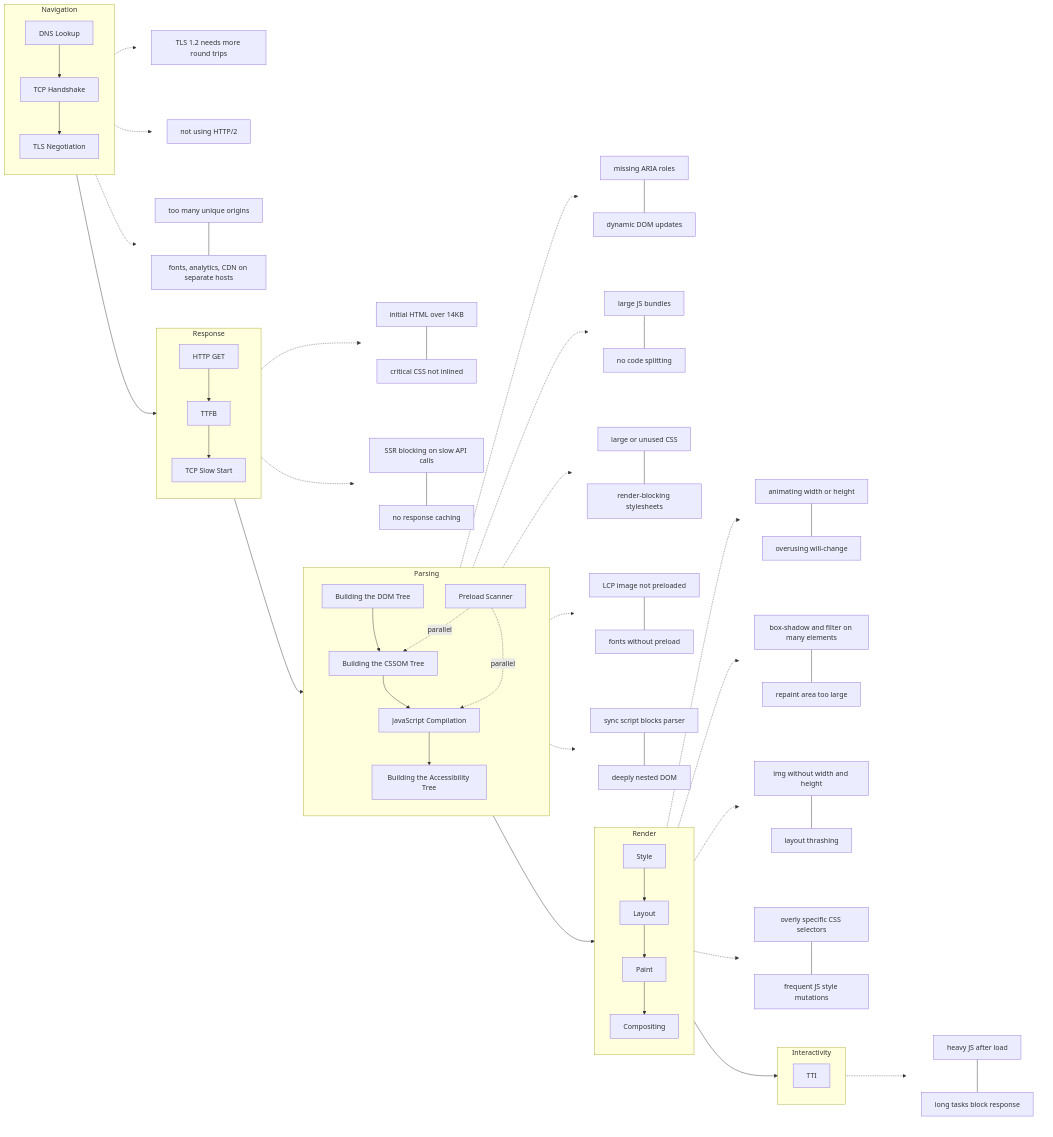
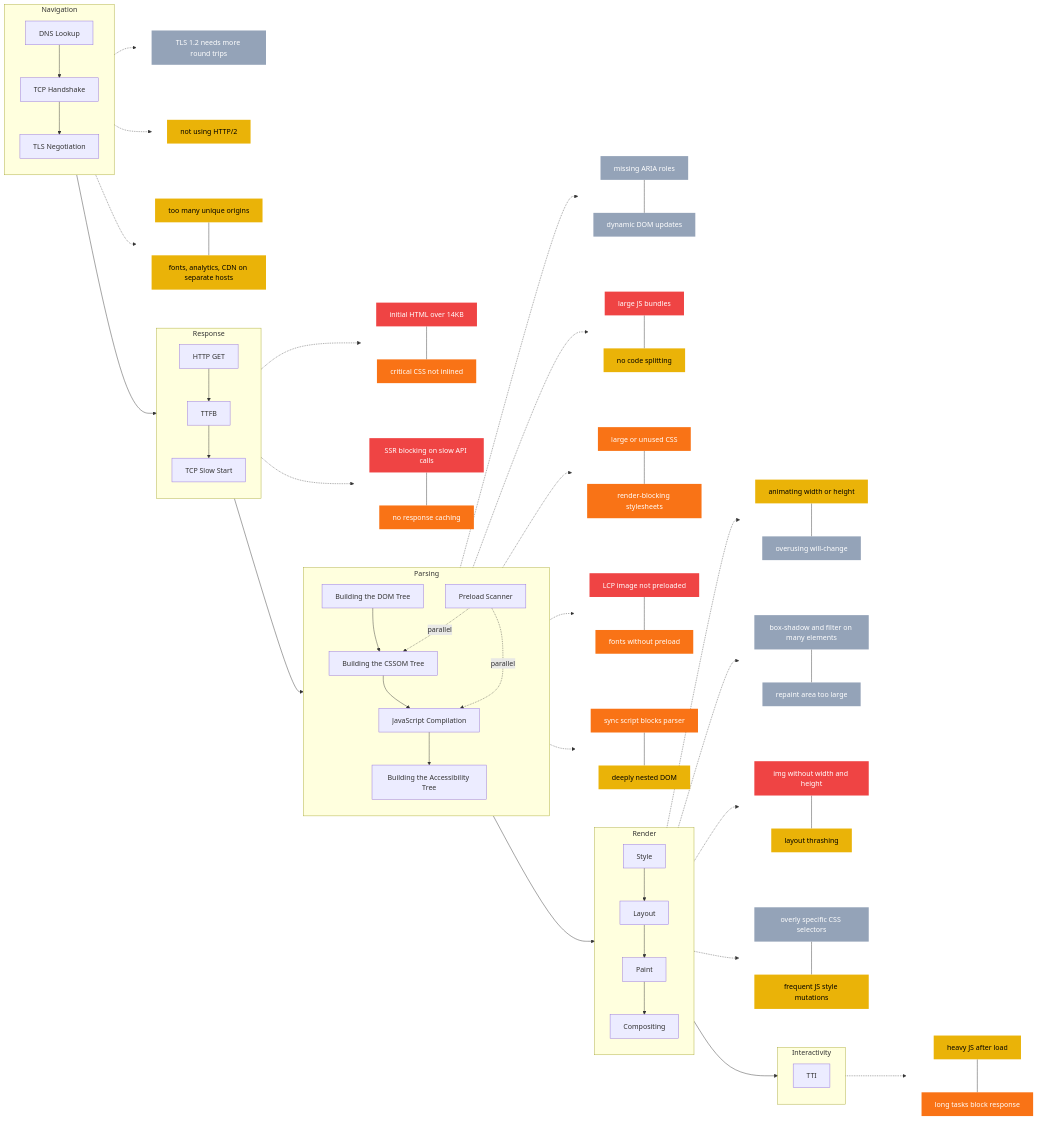
Before and after one commit to Hak-packative/docs: the third of 3 diagrams in browser.md, drawn with Mermaid. The commit also changed other lines of this file, not shown here.

````diff
--- a/browser.md
+++ b/browser.md
@@ -216,4 +216,40 @@
   style PD3 fill:none,stroke:none
   style PD4 fill:none,stroke:none
   style PE1 fill:none,stroke:none
+
+  %% Critical
+  style B2a fill:#ef4444,color:#fff,stroke:none
+  style B3a fill:#ef4444,color:#fff,stroke:none
+  style C2a fill:#ef4444,color:#fff,stroke:none
+  style C4a fill:#ef4444,color:#fff,stroke:none
+  style D2a fill:#ef4444,color:#fff,stroke:none
+
+  %% High
+  style B2b fill:#f97316,color:#fff,stroke:none
+  style B3b fill:#f97316,color:#fff,stroke:none
+  style C1a fill:#f97316,color:#fff,stroke:none
+  style C2b fill:#f97316,color:#fff,stroke:none
+  style C3a fill:#f97316,color:#fff,stroke:none
+  style C3b fill:#f97316,color:#fff,stroke:none
+  style E1b fill:#f97316,color:#fff,stroke:none
+
+  %% Medium
+  style A1a fill:#eab308,color:#000,stroke:none
+  style A1b fill:#eab308,color:#000,stroke:none
+  style A2a fill:#eab308,color:#000,stroke:none
+  style C1b fill:#eab308,color:#000,stroke:none
+  style C4b fill:#eab308,color:#000,stroke:none
+  style D1b fill:#eab308,color:#000,stroke:none
+  style D2b fill:#eab308,color:#000,stroke:none
+  style D4a fill:#eab308,color:#000,stroke:none
+  style E1a fill:#eab308,color:#000,stroke:none
+
+  %% Low
+  style A3a fill:#94a3b8,color:#fff,stroke:none
+  style C5a fill:#94a3b8,color:#fff,stroke:none
+  style C5b fill:#94a3b8,color:#fff,stroke:none
+  style D1a fill:#94a3b8,color:#fff,stroke:none
+  style D3a fill:#94a3b8,color:#fff,stroke:none
+  style D3b fill:#94a3b8,color:#fff,stroke:none
+  style D4b fill:#94a3b8,color:#fff,stroke:none
 ```
````
